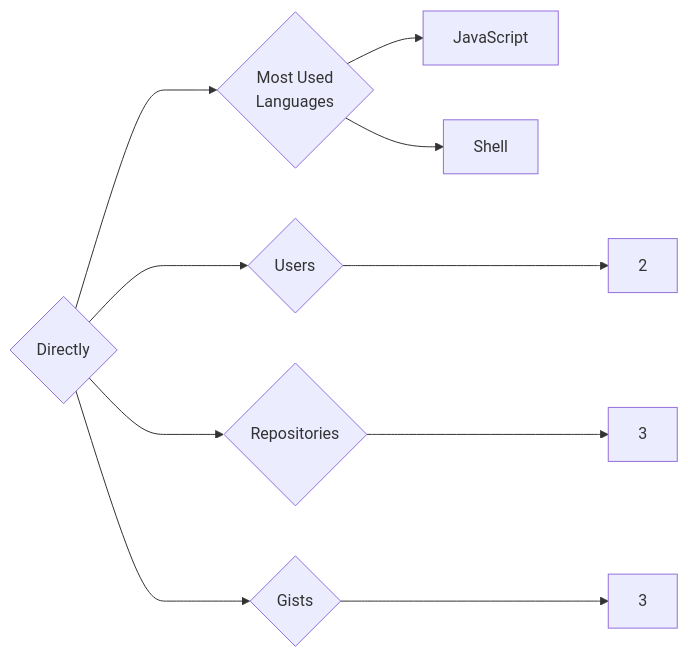
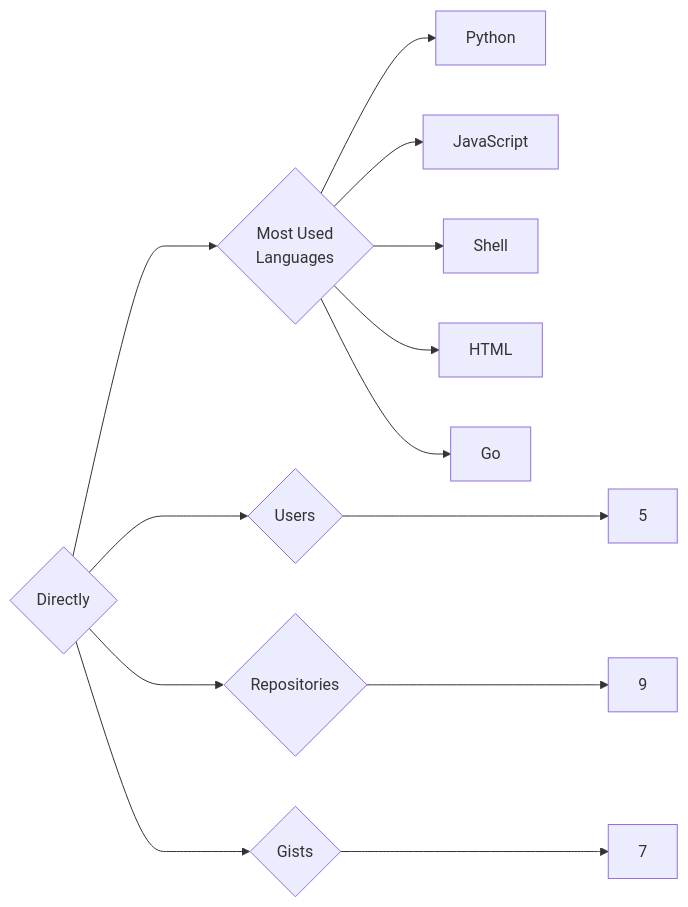
Before and after one commit to trickest/insiders: the diagram in targets/Directly/README.md, drawn with Mermaid. The commit also changed 951 other files, not shown here.

````diff
--- a/targets/Directly/README.md
+++ b/targets/Directly/README.md
@@ -3,10 +3,13 @@
 ```mermaid
 graph LR
 COMPANY_NAME{Directly}
-COMPANY_NAME ---> U{Users} ---> UN[2]
-COMPANY_NAME ---> R{Repositories} ---> RN[3]
-COMPANY_NAME ---> G{Gists} ---> GN[3]
+COMPANY_NAME ---> U{Users} ---> UN[5]
+COMPANY_NAME ---> R{Repositories} ---> RN[9]
+COMPANY_NAME ---> G{Gists} ---> GN[7]
 COMPANY_NAME ---> ML{Most Used<br>Languages}
-ML --> JavaScript
-ML --> Shell
+ML --> Python[Python]
+ML --> JavaScript[JavaScript]
+ML --> Shell[Shell]
+ML --> HTML[HTML]
+ML --> Go[Go]
 ```
````
